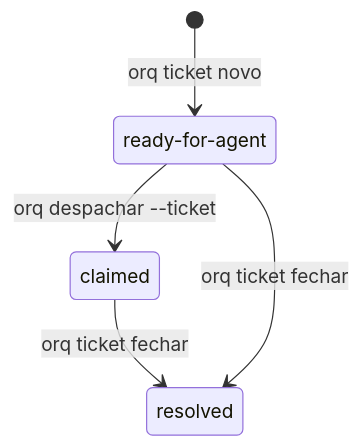
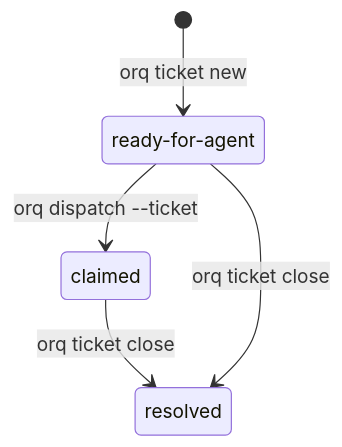
The second of 4 diagrams in docs/design.md (leodiegoo/orq), drawn with Mermaid before and after one commit. The commit also changed other lines of this file and 9 other files, not shown here.

````diff
--- a/docs/design.md
+++ b/docs/design.md
@@ -206,10 +206,10 @@
 ```mermaid
 stateDiagram-v2
     state "ready-for-agent" as ready
     state "claimed" as claimed
     state "resolved" as resolved
-    [*] --> ready: orq ticket novo
-    ready --> claimed: orq despachar --ticket
-    claimed --> resolved: orq ticket fechar
-    ready --> resolved: orq ticket fechar
+    [*] --> ready: orq ticket new
+    ready --> claimed: orq dispatch --ticket
+    claimed --> resolved: orq ticket close
+    ready --> resolved: orq ticket close
 ```
````
